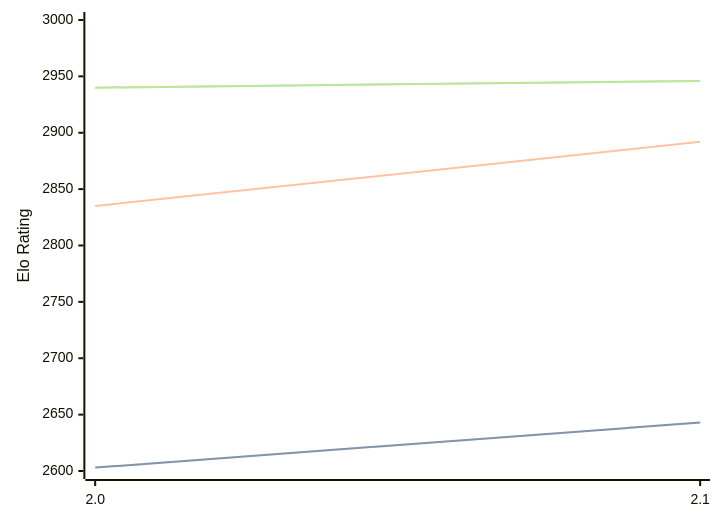
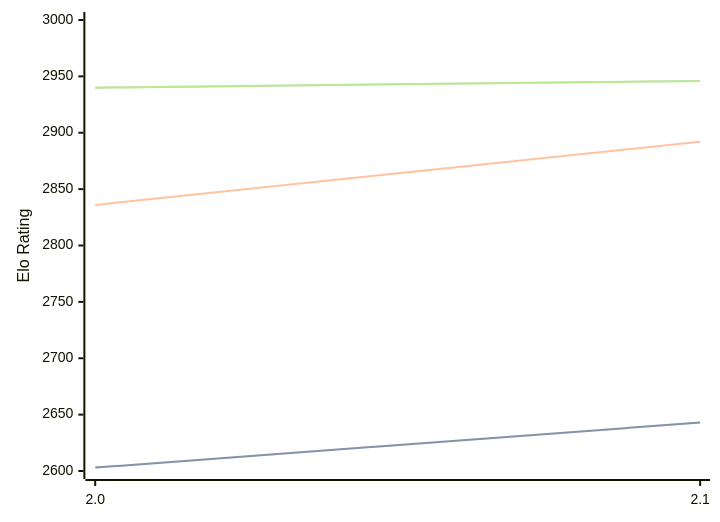
Before and after one commit to computer-chess-index/cci: the diagram in engines/Noggin.md, drawn with Mermaid. The commit also changed other lines of this file, not shown here.

````diff
--- a/engines/Noggin.md
+++ b/engines/Noggin.md
@@ -33,11 +33,11 @@
 ```mermaid
 %%{init: {"theme":"base","themeVariables":{"seriesColors:['#a3a3a3','#222221','#faa371']}}}%%
 xychart-beta
   x-axis ["2.0", "2.1"]
   y-axis "Elo Rating" 2600 --> 3000
   line "" [2603, 2643]
   line "STC (8.0+0.08s)" [2603, 2643]
-  line "LTC (60.0+0.60s)" [2835, 2892]
+  line "LTC (60.0+0.60s)" [2836, 2892]
   line "" [2940, 2946]
   line "VLTC (2m24s+1.12s)" [2940, 2946]
 ```
````
